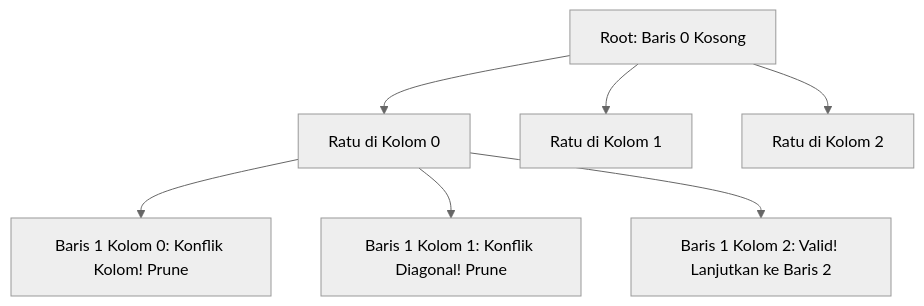
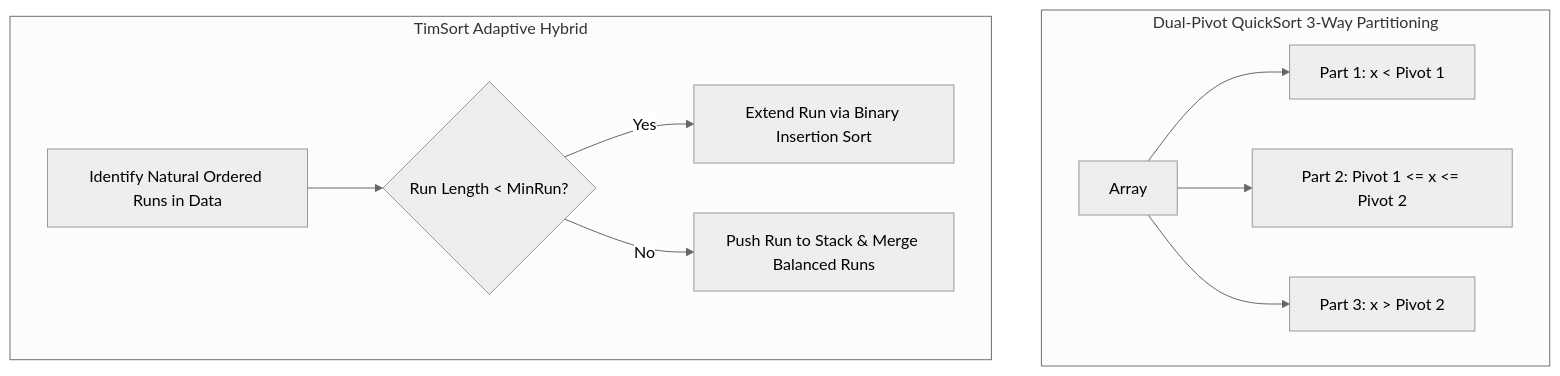
The diagram in curriculum/06-cs-core-dsa-compiler/102-algoritma-pengurutan-pencarian.md (Rizki2204/ultimate-learning-paths), drawn with Mermaid (neutral theme) before and after one commit. The commit also changed other lines of this file and 533 other files, not shown here.

````diff
--- a/curriculum/06-cs-core-dsa-compiler/102-algoritma-pengurutan-pencarian.md
+++ b/curriculum/06-cs-core-dsa-compiler/102-algoritma-pengurutan-pencarian.md
@@ -35,9 +37,13 @@
 ```mermaid
 graph TD
-A[Root: Baris 0 Kosong] --> B[Ratu di Kolom 0]
-A --> C[Ratu di Kolom 1]
-A --> D[Ratu di Kolom 2]
-B --> E[Baris 1 Kolom 0: Konflik Kolom! Prune]
-B --> F[Baris 1 Kolom 1: Konflik Diagonal! Prune]
-B --> G[Baris 1 Kolom 2: Valid! Lanjutkan ke Baris 2]
+subgraph Dual-Pivot QuickSort 3-Way Partitioning
+A[Array] --> B[Part 1: x < Pivot 1]
+A --> C[Part 2: Pivot 1 <= x <= Pivot 2]
+A --> D[Part 3: x > Pivot 2]
+end
+subgraph TimSort Adaptive Hybrid
+E[Identify Natural Ordered Runs in Data] --> F{Run Length < MinRun?}
+F -->|Yes| G[Extend Run via Binary Insertion Sort]
+F -->|No| H[Push Run to Stack & Merge Balanced Runs]
+end
 ```
````
